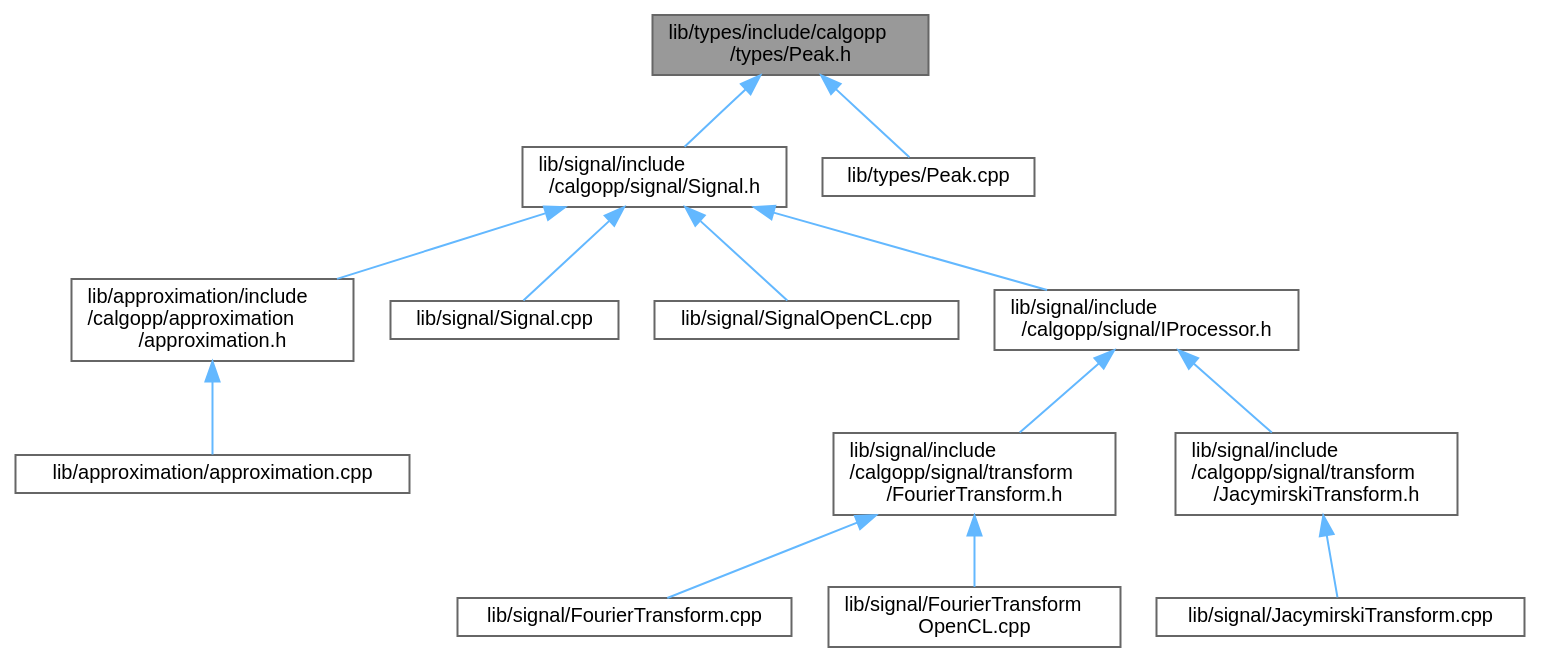
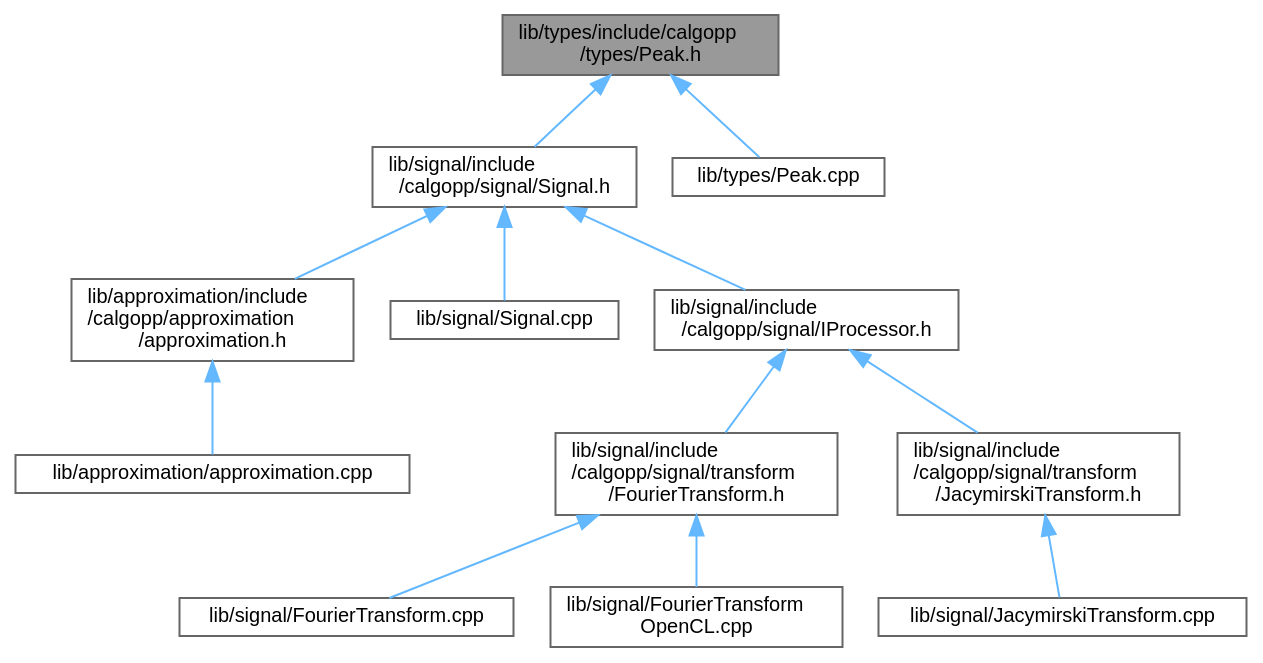
Before and after one commit to pawelekg95/algopp: the diagram in Peak_8h__dep__incl.dot, drawn with Graphviz. The commit also changed 63 other files, not shown here.

```diff
--- a/Peak_8h__dep__incl.dot
+++ b/Peak_8h__dep__incl.dot
@@ -1,32 +1,30 @@
 digraph "lib/types/include/calgopp/types/Peak.h"
 {
  // LATEX_PDF_SIZE
   bgcolor="transparent";
   edge [fontname=Helvetica,fontsize=10,labelfontname=Helvetica,labelfontsize=10];
   node [fontname=Helvetica,fontsize=10,shape=box,height=0.2,width=0.4];
   Node1 [label="lib/types/include/calgopp\l/types/Peak.h",height=0.2,width=0.4,color="gray40", fillcolor="grey60", style="filled", fontcolor="black",tooltip=" "];
   Node1 -> Node2 [dir="back",color="steelblue1",style="solid"];
   Node2 [label="lib/signal/include\l/calgopp/signal/Signal.h",height=0.2,width=0.4,color="grey40", fillcolor="white", style="filled",URL="$Signal_8h.html",tooltip=" "];
   Node2 -> Node3 [dir="back",color="steelblue1",style="solid"];
   Node3 [label="lib/approximation/include\l/calgopp/approximation\l/approximation.h",height=0.2,width=0.4,color="grey40", fillcolor="white", style="filled",URL="$approximation_8h.html",tooltip=" "];
   Node3 -> Node4 [dir="back",color="steelblue1",style="solid"];
   Node4 [label="lib/approximation/approximation.cpp",height=0.2,width=0.4,color="grey40", fillcolor="white", style="filled",URL="$approximation_8cpp.html",tooltip=" "];
   Node2 -> Node5 [dir="back",color="steelblue1",style="solid"];
   Node5 [label="lib/signal/Signal.cpp",height=0.2,width=0.4,color="grey40", fillcolor="white", style="filled",URL="$Signal_8cpp.html",tooltip=" "];
   Node2 -> Node6 [dir="back",color="steelblue1",style="solid"];
-  Node6 [label="lib/signal/SignalOpenCL.cpp",height=0.2,width=0.4,color="grey40", fillcolor="white", style="filled",URL="$SignalOpenCL_8cpp.html",tooltip=" "];
-  Node2 -> Node7 [dir="back",color="steelblue1",style="solid"];
-  Node7 [label="lib/signal/include\l/calgopp/signal/IProcessor.h",height=0.2,width=0.4,color="grey40", fillcolor="white", style="filled",URL="$IProcessor_8h.html",tooltip=" "];
+  Node6 [label="lib/signal/include\l/calgopp/signal/IProcessor.h",height=0.2,width=0.4,color="grey40", fillcolor="white", style="filled",URL="$IProcessor_8h.html",tooltip=" "];
+  Node6 -> Node7 [dir="back",color="steelblue1",style="solid"];
+  Node7 [label="lib/signal/include\l/calgopp/signal/transform\l/FourierTransform.h",height=0.2,width=0.4,color="grey40", fillcolor="white", style="filled",URL="$FourierTransform_8h.html",tooltip=" "];
   Node7 -> Node8 [dir="back",color="steelblue1",style="solid"];
-  Node8 [label="lib/signal/include\l/calgopp/signal/transform\l/FourierTransform.h",height=0.2,width=0.4,color="grey40", fillcolor="white", style="filled",URL="$FourierTransform_8h.html",tooltip=" "];
-  Node8 -> Node9 [dir="back",color="steelblue1",style="solid"];
-  Node9 [label="lib/signal/FourierTransform.cpp",height=0.2,width=0.4,color="grey40", fillcolor="white", style="filled",URL="$FourierTransform_8cpp.html",tooltip=" "];
-  Node8 -> Node10 [dir="back",color="steelblue1",style="solid"];
-  Node10 [label="lib/signal/FourierTransform\lOpenCL.cpp",height=0.2,width=0.4,color="grey40", fillcolor="white", style="filled",URL="$FourierTransformOpenCL_8cpp.html",tooltip=" "];
-  Node7 -> Node11 [dir="back",color="steelblue1",style="solid"];
-  Node11 [label="lib/signal/include\l/calgopp/signal/transform\l/JacymirskiTransform.h",height=0.2,width=0.4,color="grey40", fillcolor="white", style="filled",URL="$JacymirskiTransform_8h.html",tooltip=" "];
-  Node11 -> Node12 [dir="back",color="steelblue1",style="solid"];
-  Node12 [label="lib/signal/JacymirskiTransform.cpp",height=0.2,width=0.4,color="grey40", fillcolor="white", style="filled",URL="$JacymirskiTransform_8cpp.html",tooltip=" "];
-  Node1 -> Node13 [dir="back",color="steelblue1",style="solid"];
-  Node13 [label="lib/types/Peak.cpp",height=0.2,width=0.4,color="grey40", fillcolor="white", style="filled",URL="$Peak_8cpp.html",tooltip=" "];
+  Node8 [label="lib/signal/FourierTransform.cpp",height=0.2,width=0.4,color="grey40", fillcolor="white", style="filled",URL="$FourierTransform_8cpp.html",tooltip=" "];
+  Node7 -> Node9 [dir="back",color="steelblue1",style="solid"];
+  Node9 [label="lib/signal/FourierTransform\lOpenCL.cpp",height=0.2,width=0.4,color="grey40", fillcolor="white", style="filled",URL="$FourierTransformOpenCL_8cpp.html",tooltip=" "];
+  Node6 -> Node10 [dir="back",color="steelblue1",style="solid"];
+  Node10 [label="lib/signal/include\l/calgopp/signal/transform\l/JacymirskiTransform.h",height=0.2,width=0.4,color="grey40", fillcolor="white", style="filled",URL="$JacymirskiTransform_8h.html",tooltip=" "];
+  Node10 -> Node11 [dir="back",color="steelblue1",style="solid"];
+  Node11 [label="lib/signal/JacymirskiTransform.cpp",height=0.2,width=0.4,color="grey40", fillcolor="white", style="filled",URL="$JacymirskiTransform_8cpp.html",tooltip=" "];
+  Node1 -> Node12 [dir="back",color="steelblue1",style="solid"];
+  Node12 [label="lib/types/Peak.cpp",height=0.2,width=0.4,color="grey40", fillcolor="white", style="filled",URL="$Peak_8cpp.html",tooltip=" "];
 }
```
